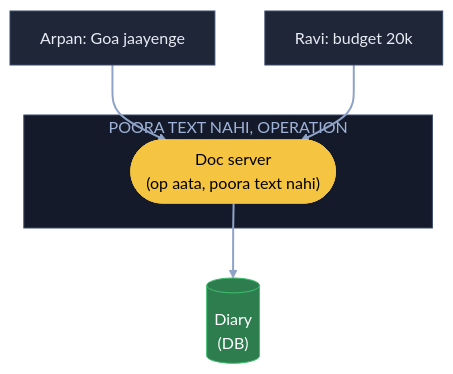
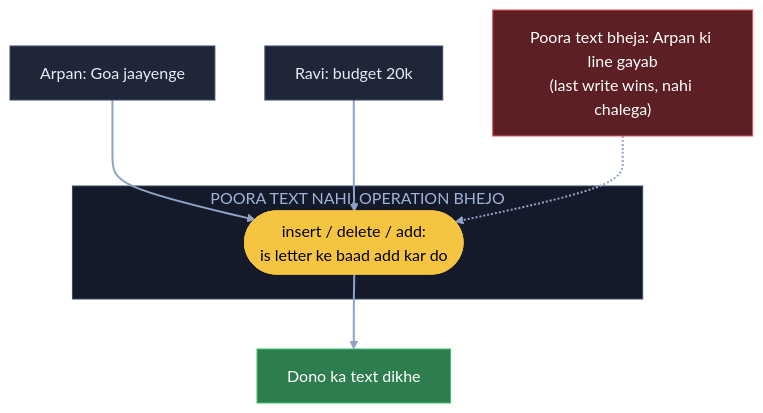
The first of 7 diagrams in 04_HLD/SYSTEM_DESIGNS/11_google_docs_collab/11_google_docs_collab.md (ArpanMaheshwari144/Prep), drawn with Mermaid before and after one commit. The commit also changed other lines of this file, not shown here.

Commit message:
Docs: 7 diagram hand notes ke shabdon se, K5 me 500 copy / paisa / interviewer wali baat notes jaisi

````diff
--- a/04_HLD/SYSTEM_DESIGNS/11_google_docs_collab/11_google_docs_collab.md
+++ b/04_HLD/SYSTEM_DESIGNS/11_google_docs_collab/11_google_docs_collab.md
@@ -37,18 +37,20 @@
 ```mermaid
 flowchart TB
+    X["Poora text bheja: Arpan ki line gayab<br/>(last write wins, nahi chalega)"]:::bad
     A["Arpan: Goa jaayenge"]:::card
     R["Ravi: budget 20k"]:::card
-    subgraph OP["POORA TEXT NAHI, OPERATION"]
-        S(["Doc server<br/>(op aata, poora text nahi)"]):::pill
+    subgraph OP["POORA TEXT NAHI, OPERATION BHEJO"]
+        S(["insert / delete / add:<br/>is letter ke baad add kar do"]):::pill
     end
-    D[("Diary<br/>(DB)")]:::good
+    D["Dono ka text dikhe"]:::good
     A --> S
     R --> S
     S --> D
+    X -.-> S
     linkStyle default stroke:#8fa3c7,stroke-width:2px
     classDef card fill:#1e2638,stroke:#3a4a6b,color:#e8ecf5
     classDef pill fill:#f5c542,stroke:#f5c542,color:#000
     classDef good fill:#2e7d4f,stroke:#3fbf6f,color:#fff
     classDef bad fill:#5c1f24,stroke:#e05561,color:#fff
     style OP fill:#141a29,stroke:#3a4a6b,color:#9fb3d9
 ```
````
